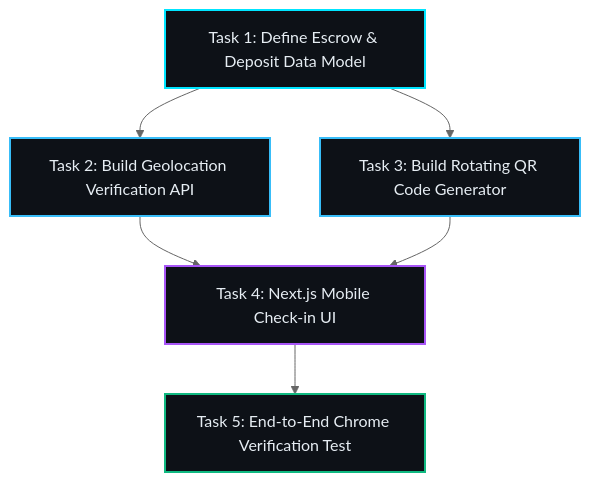
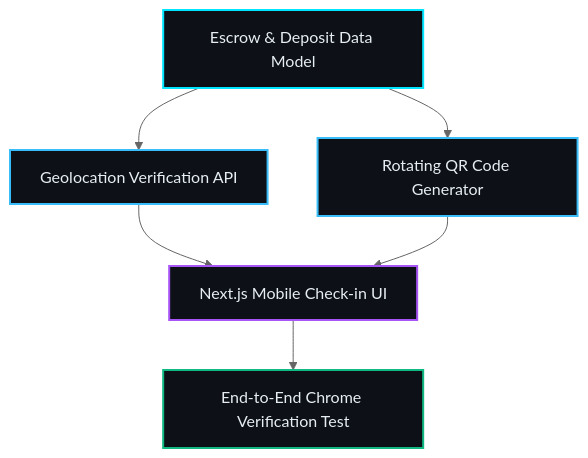
One commit to nddipiazza/robos changed the diagram in docs/training/for-non-developers/03-visual-task-planning.md. Above: the diagram before and after it, drawn with Mermaid (neutral theme). The commit also changed other lines of this file and 9 other files, not shown here.

Commit message:
feat(docs): eliminate count listings, elevate non-developer training quality and add Review Theater architecture diagram

````diff
--- a/docs/training/for-non-developers/03-visual-task-planning.md
+++ b/docs/training/for-non-developers/03-visual-task-planning.md
@@ -103,14 +117,14 @@
 ```mermaid
 graph TD
-    T1["Task 1: Define Escrow & Deposit Data Model"] --> T2["Task 2: Build Geolocation Verification API"]
-    T1 --> T3["Task 3: Build Rotating QR Code Generator"]
-    T2 --> T4["Task 4: Next.js Mobile Check-in UI"]
+    T1["Escrow & Deposit Data Model"] --> T2["Geolocation Verification API"]
+    T1 --> T3["Rotating QR Code Generator"]
+    T2 --> T4["Next.js Mobile Check-in UI"]
     T3 --> T4
-    T4 --> T5["Task 5: End-to-End Chrome Verification Test"]
+    T4 --> T5["End-to-End Chrome Verification Test"]
     
     style T1 fill:#0d1117,stroke:#00e5ff,stroke-width:2px,color:#e6edf3
     style T2 fill:#0d1117,stroke:#38bdf8,stroke-width:2px,color:#e6edf3
     style T3 fill:#0d1117,stroke:#38bdf8,stroke-width:2px,color:#e6edf3
     style T4 fill:#0d1117,stroke:#a855f7,stroke-width:2px,color:#e6edf3
     style T5 fill:#0d1117,stroke:#10b981,stroke-width:2px,color:#e6edf3
 ```
````
